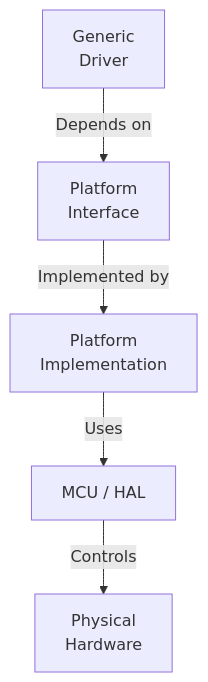
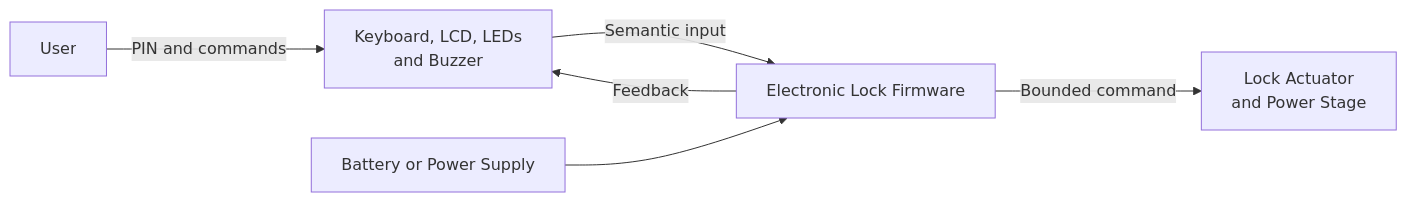
One commit to JP-REY/STM32F103C8T6-Based-Electronic-Lock changed the second of 16 diagrams in Platforms/README.md. Above: the diagram before and after it, drawn with Mermaid. The commit also changed other lines of this file and 16 other files, not shown here.

````diff
--- a/Platforms/README.md
+++ b/Platforms/README.md
@@ -63,13 +380,14 @@
 ```mermaid
-flowchart TB
-    DRIVER["Generic<br/>Driver"]
-    INTERFACE["Platform<br/>Interface"]
-    ADAPTER["Platform<br/>Implementation"]
-    MCU["MCU / HAL"]
-    HARDWARE["Physical<br/>Hardware"]
+flowchart LR
+    USER["User"]
+    LOCK["Electronic Lock Firmware"]
+    UI["Keyboard, LCD, LEDs<br/> and Buzzer"]
+    ACTUATOR["Lock Actuator<br/> and Power Stage"]
+    POWER["Battery or Power Supply"]
 
-    DRIVER -->|"Depends on"| INTERFACE
-    INTERFACE -->|"Implemented by"| ADAPTER
-    ADAPTER -->|"Uses"| MCU
-    MCU -->|"Controls"| HARDWARE
+    USER -->|"PIN and commands"| UI
+    UI -->|"Semantic input"| LOCK
+    LOCK -->|"Feedback"| UI
+    LOCK -->|"Bounded command"| ACTUATOR
+    POWER --> LOCK
 ```
````
